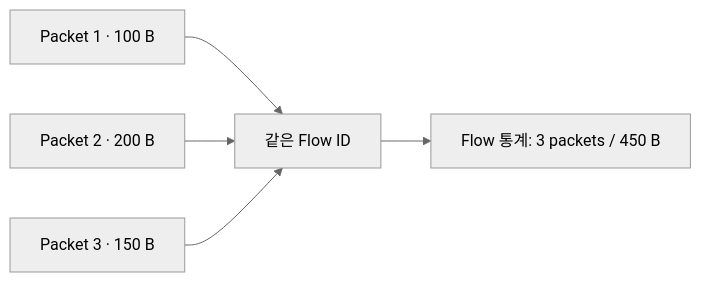
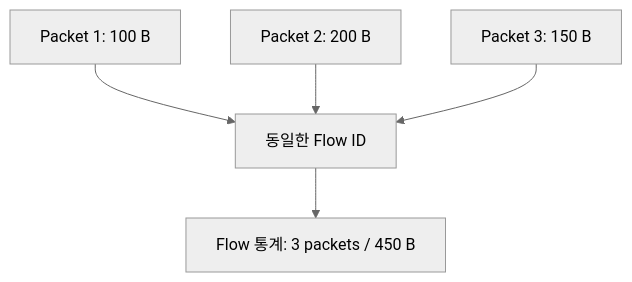
The first of 3 diagrams in _posts/study-Learning_ebpf/2026-10-17-OpenSource-NetObserv.md (eunbyul2/eunbyul2.github.io), drawn with Mermaid (neutral theme) before and after one commit. The commit also changed other lines of this file, not shown here.

````diff
--- a/_posts/study-Learning_ebpf/2026-10-17-OpenSource-NetObserv.md
+++ b/_posts/study-Learning_ebpf/2026-10-17-OpenSource-NetObserv.md
@@ -54,7 +86,7 @@
 ```mermaid
-flowchart LR
-    P1["Packet 1 · 100 B"] --> ID["같은 Flow ID"]
-    P2["Packet 2 · 200 B"] --> ID
-    P3["Packet 3 · 150 B"] --> ID
+flowchart TD
+    P1["Packet 1: 100 B"] --> ID["동일한 Flow ID"]
+    P2["Packet 2: 200 B"] --> ID
+    P3["Packet 3: 150 B"] --> ID
     ID --> M["Flow 통계: 3 packets / 450 B"]
 ```
````
